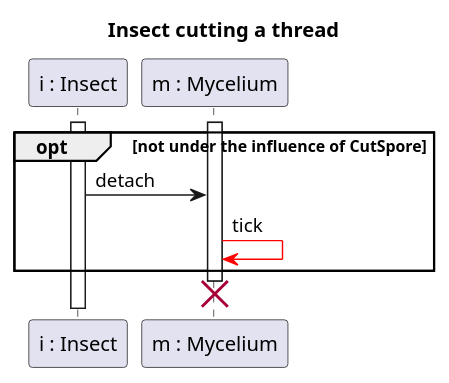
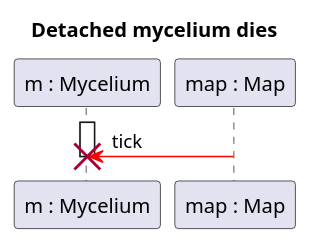
Before and after one commit to Klastiv/Projlab_nullpointerexception: the diagram in diagrams/diagramFiles/SQ_FungusDies.puml, drawn with PlantUML. The commit also changed 2 other files, not shown here.

```diff
--- a/diagrams/diagramFiles/SQ_FungusDies.puml
+++ b/diagrams/diagramFiles/SQ_FungusDies.puml
@@ -1,21 +1,16 @@
 @startuml Insect thread cutting
 
-title Insect cutting a thread
+title Detached mycelium dies
 
-participant "i : Insect" as I
 participant "m : Mycelium" as T
+participant "map : Map" as M
 
-activate I
 activate T
 
-
-opt not under the influence of CutSpore
-I -> T : detach
-T-[#red]>T : tick
+M-[#red]>T : tick
 
 
-end
 destroy T
 
 
 @enduml
```
